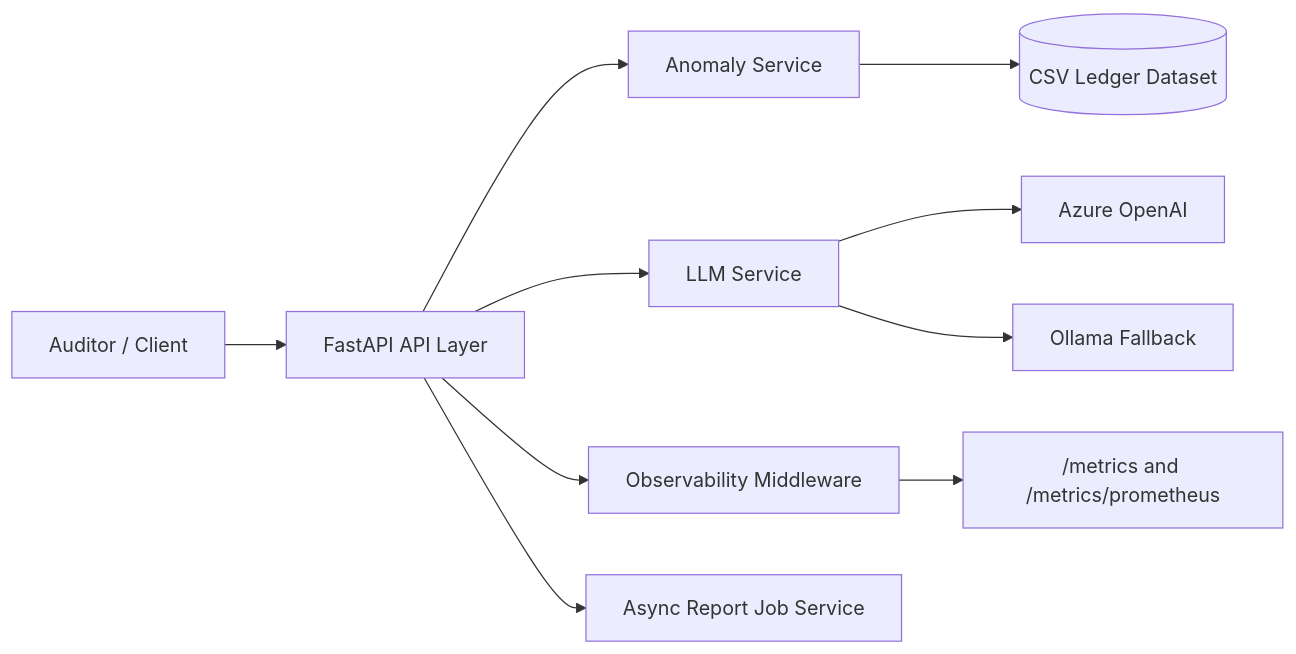
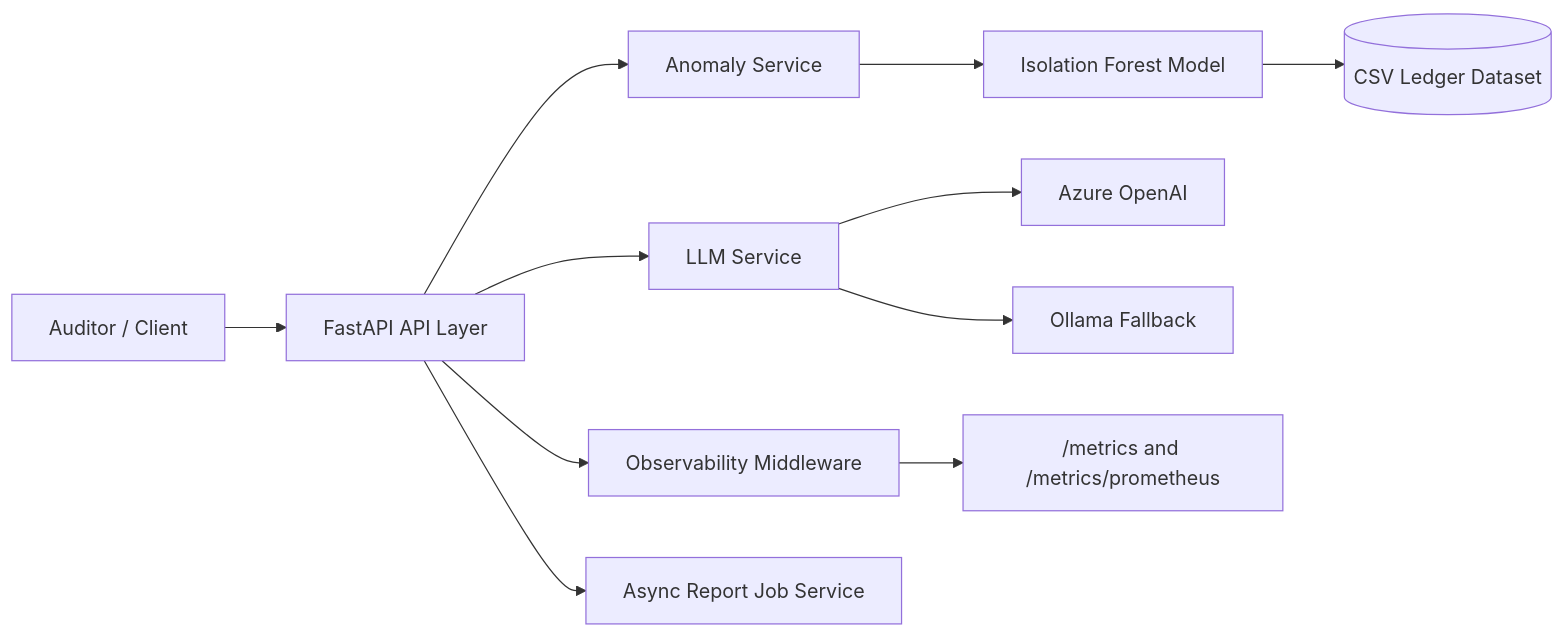
One commit to hemanthkumar650/Ai-ledger-reconciliation-anomaly-intelligence changed the diagram in README.md. Above: the diagram before and after it, drawn with Mermaid. The commit also changed other lines of this file and 6 other files, not shown here.

````diff
--- a/README.md
+++ b/README.md
@@ -12,12 +12,13 @@
 ```mermaid
 flowchart LR
     U[Auditor / Client] --> API[FastAPI API Layer]
     API --> A[Anomaly Service]
-    A --> D[(CSV Ledger Dataset)]
+    A --> ML[Isolation Forest Model]
+    ML --> D[(CSV Ledger Dataset)]
     API --> L[LLM Service]
     L --> AZ[Azure OpenAI]
     L --> OL[Ollama Fallback]
     API --> M[Observability Middleware]
     M --> MET["/metrics and /metrics/prometheus"]
     API --> J[Async Report Job Service]
 ```
````
